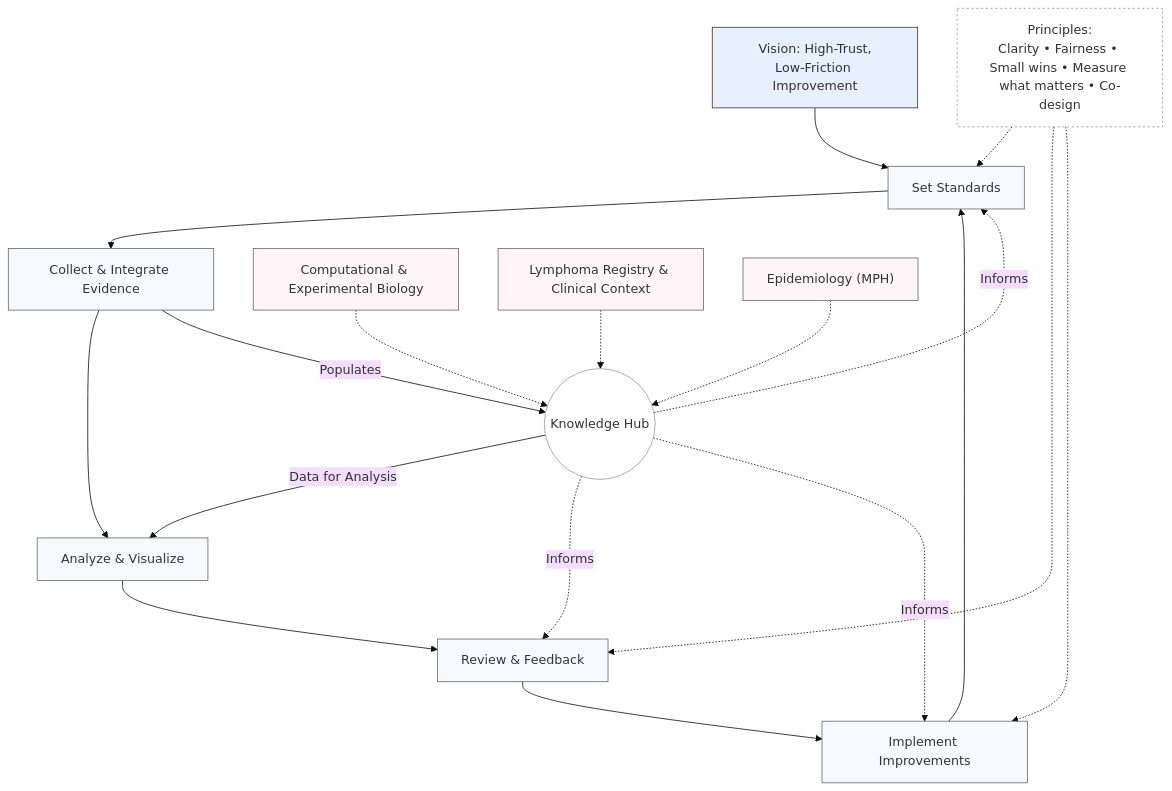
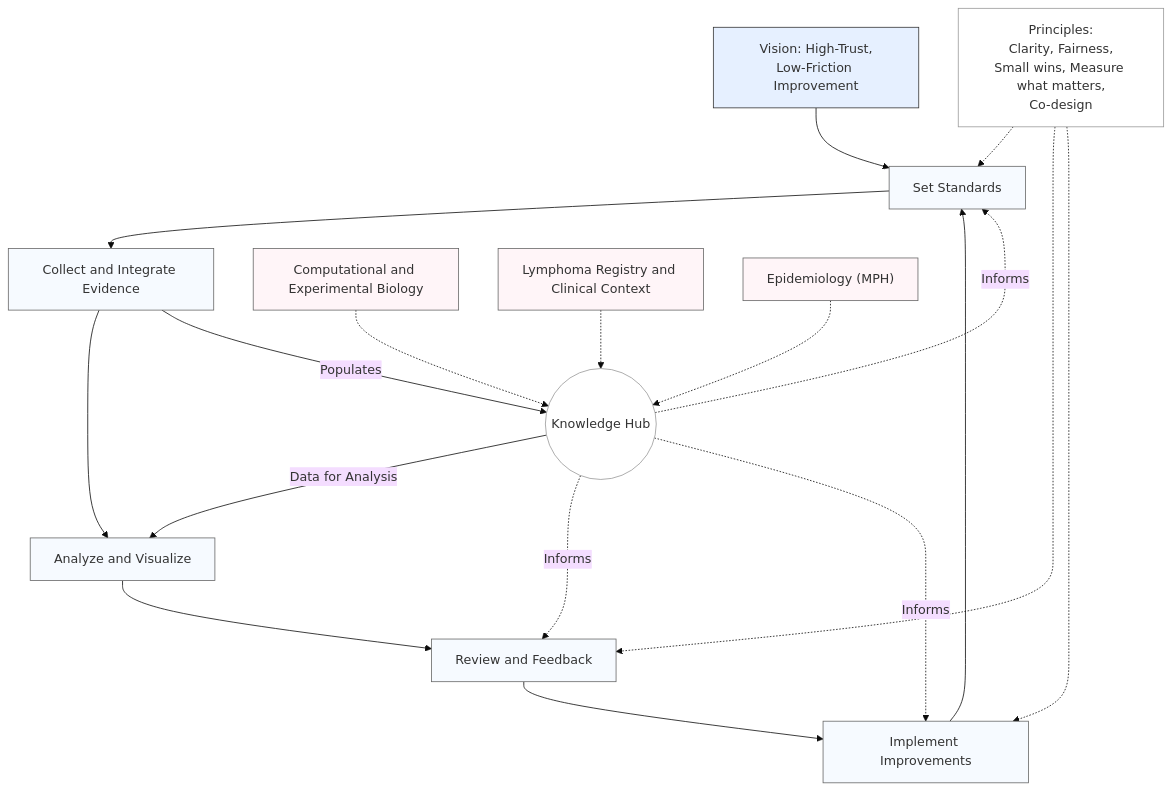
Before and after one commit to arshah18/arshah18.github.io: the diagram in index.md, drawn with Mermaid (base theme).

Commit message:
Work flow test2; ensure Mermaid loads

```diff
--- a/index.md
+++ b/index.md
@@ -74,36 +74,41 @@
 <div class="mermaid">
 flowchart TD
   A["Vision: High-Trust,<br>Low-Friction Improvement"] --> S["Set Standards"]
-  S --> C["Collect & Integrate Evidence"]
-  C --> V["Analyze & Visualize"]
-  V --> R["Review & Feedback"]
+  S --> C["Collect and Integrate Evidence"]
+  C --> V["Analyze and Visualize"]
+  V --> R["Review and Feedback"]
   R --> I["Implement Improvements"]
   I --> S
+
   K0(("Knowledge Hub"))
-  K1["Computational & Experimental Biology"]
-  K2["Lymphoma Registry & Clinical Context"]
+  K1["Computational and Experimental Biology"]
+  K2["Lymphoma Registry and Clinical Context"]
   K3["Epidemiology (MPH)"]
+
   K1 -.-> K0
   K2 -.-> K0
   K3 -.-> K0
+
   C -->|Populates| K0
   K0 -->|Data for Analysis| V
   K0 -.->|Informs| S
   K0 -.->|Informs| R
   K0 -.->|Informs| I
-  P["Principles:<br>Clarity • Fairness • Small wins • Measure what matters • Co-design"]
+
+  P["Principles:<br>Clarity, Fairness,<br>Small wins, Measure what matters,<br>Co-design"]
   P -.-> S
   P -.-> R
   P -.-> I
-  style A fill:#e6f0ff,stroke:#333,stroke-width:1px
-  style S fill:#f6faff,stroke:#666,stroke-width:1px
-  style C fill:#f6faff,stroke:#666,stroke-width:1px
-  style V fill:#f6faff,stroke:#666,stroke-width:1px
-  style R fill:#f6faff,stroke:#666,stroke-width:1px
-  style I fill:#f6faff,stroke:#666,stroke-width:1px
+
+  style A  fill:#e6f0ff,stroke:#333,stroke-width:1px
+  style S  fill:#f6faff,stroke:#666,stroke-width:1px
+  style C  fill:#f6faff,stroke:#666,stroke-width:1px
+  style V  fill:#f6faff,stroke:#666,stroke-width:1px
+  style R  fill:#f6faff,stroke:#666,stroke-width:1px
+  style I  fill:#f6faff,stroke:#666,stroke-width:1px
   style K0 fill:#ffffff,stroke:#999,stroke-width:1px
   style K1 fill:#fff5f8,stroke:#666,stroke-width:1px
   style K2 fill:#fff5f8,stroke:#666,stroke-width:1px
   style K3 fill:#fff5f8,stroke:#666,stroke-width:1px
-  style P fill:#ffffff,stroke:#999,stroke-width:1px,stroke-dasharray:3 3
+  style P  fill:#ffffff,stroke:#999,stroke-width:1px
 </div>
```
